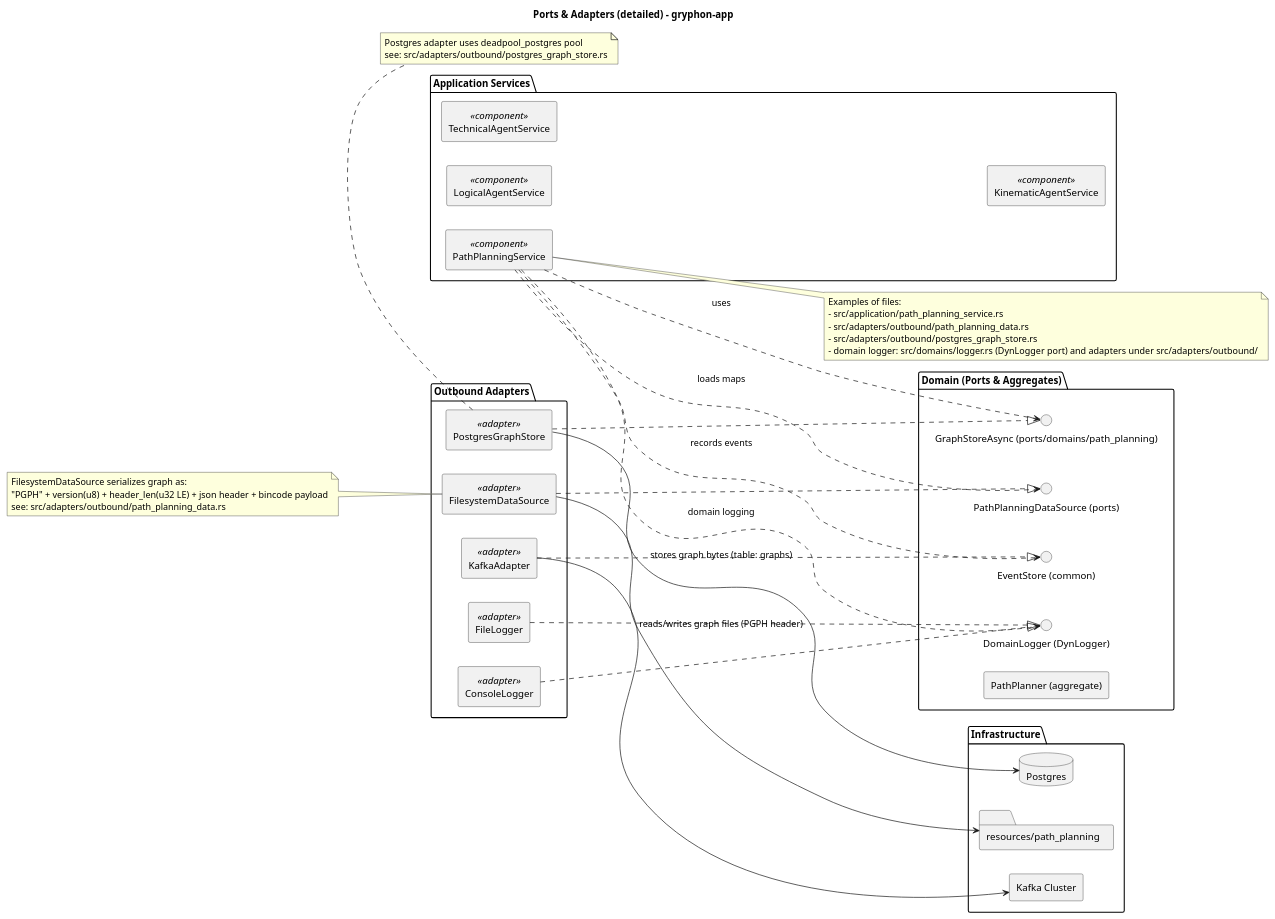
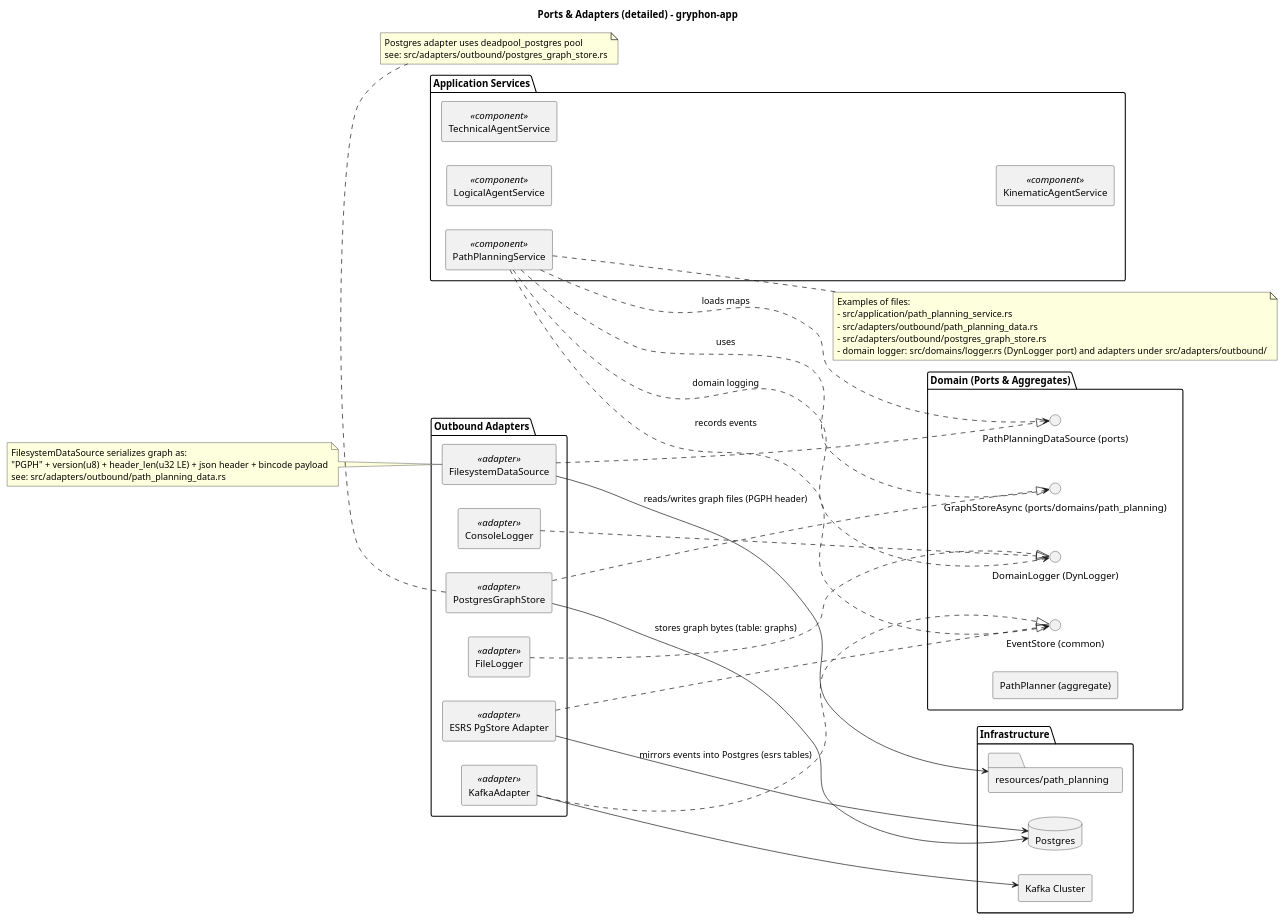
Before and after one commit to eikeschumann971/gryphon-app: the diagram in docs/diagrams/ports_adapters_detailed.puml, drawn with PlantUML. The commit also changed 12 other files, not shown here.

Commit message:
docs: update README and diagrams to reflect ESRS PgStore integration and operational details

```diff
--- a/docs/diagrams/ports_adapters_detailed.puml
+++ b/docs/diagrams/ports_adapters_detailed.puml
@@ -1,72 +1,75 @@
 @startuml
 title Ports & Adapters (detailed) - gryphon-app
 left to right direction
 skinparam componentStyle rectangle
 
 package "Application Services" {
   [PathPlanningService] <<component>>
   [LogicalAgentService] <<component>>
   [TechnicalAgentService] <<component>>
   [KinematicAgentService] <<component>>
 }
 
 package "Domain (Ports & Aggregates)" {
   interface "GraphStoreAsync (ports/domains/path_planning)" as GraphStorePort
   interface "PathPlanningDataSource (ports)" as DataSourcePort
   interface "EventStore (common)" as EventStorePort
   interface "DomainLogger (DynLogger)" as LoggerPort
   component "PathPlanner (aggregate)" as PathPlannerAgg
 }
 
 package "Outbound Adapters" {
   component "FilesystemDataSource" as FS <<adapter>>
   component "PostgresGraphStore" as PG <<adapter>>
   component "KafkaAdapter" as KAFKA <<adapter>>
+  component "ESRS PgStore Adapter" as ESRS <<adapter>>
   component "FileLogger" as FILELOG <<adapter>>
   component "ConsoleLogger" as CONSLOG <<adapter>>
 }
 
 package "Infrastructure" {
   database "Postgres" as DB
   [Kafka Cluster]
   folder "resources/path_planning" as ASSETS
 }
 
 ' Dependency edges
 PathPlanningService ..> GraphStorePort : uses
 PathPlanningService ..> DataSourcePort : loads maps
 PathPlanningService ..> EventStorePort : records events
 PathPlanningService ..> LoggerPort : domain logging
 
 ' Adapter realizations
 FS ..|> DataSourcePort
 PG ..|> GraphStorePort
 KAFKA ..|> EventStorePort
+ESRS ..|> EventStorePort
 FILELOG ..|> LoggerPort
 CONSLOG ..|> LoggerPort
 
 ' Infra wiring
 PG --> DB : stores graph bytes (table: graphs)
+ESRS --> DB : mirrors events into Postgres (esrs tables)
 FS --> ASSETS : reads/writes graph files (PGPH header)
 KAFKA --> [Kafka Cluster]
 
 note right of PathPlanningService
   Examples of files:
   - src/application/path_planning_service.rs
   - src/adapters/outbound/path_planning_data.rs
   - src/adapters/outbound/postgres_graph_store.rs
   - domain logger: src/domains/logger.rs (DynLogger port) and adapters under src/adapters/outbound/
 end note
 
 note bottom of PG
   Postgres adapter uses deadpool_postgres pool
   see: src/adapters/outbound/postgres_graph_store.rs
 end note
 
 note left of FS
   FilesystemDataSource serializes graph as:
   "PGPH" + version(u8) + header_len(u32 LE) + json header + bincode payload
   see: src/adapters/outbound/path_planning_data.rs
 end note
 
 @enduml
```
